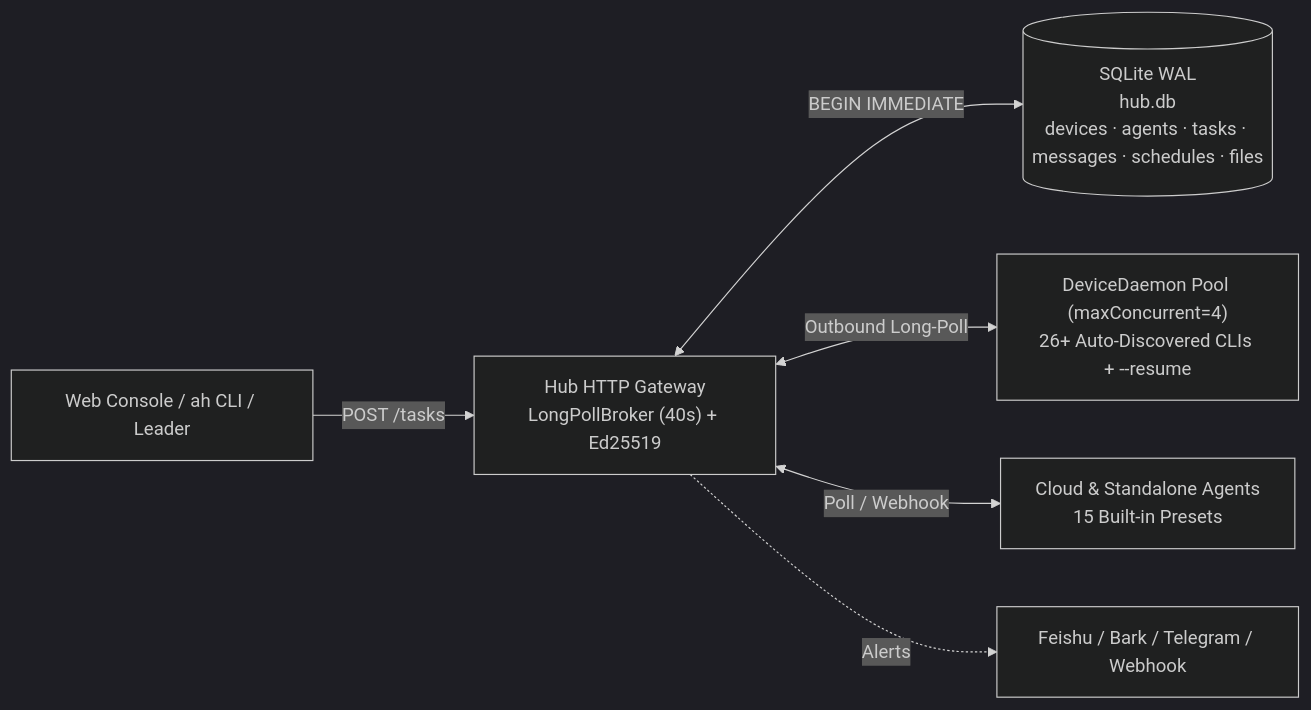
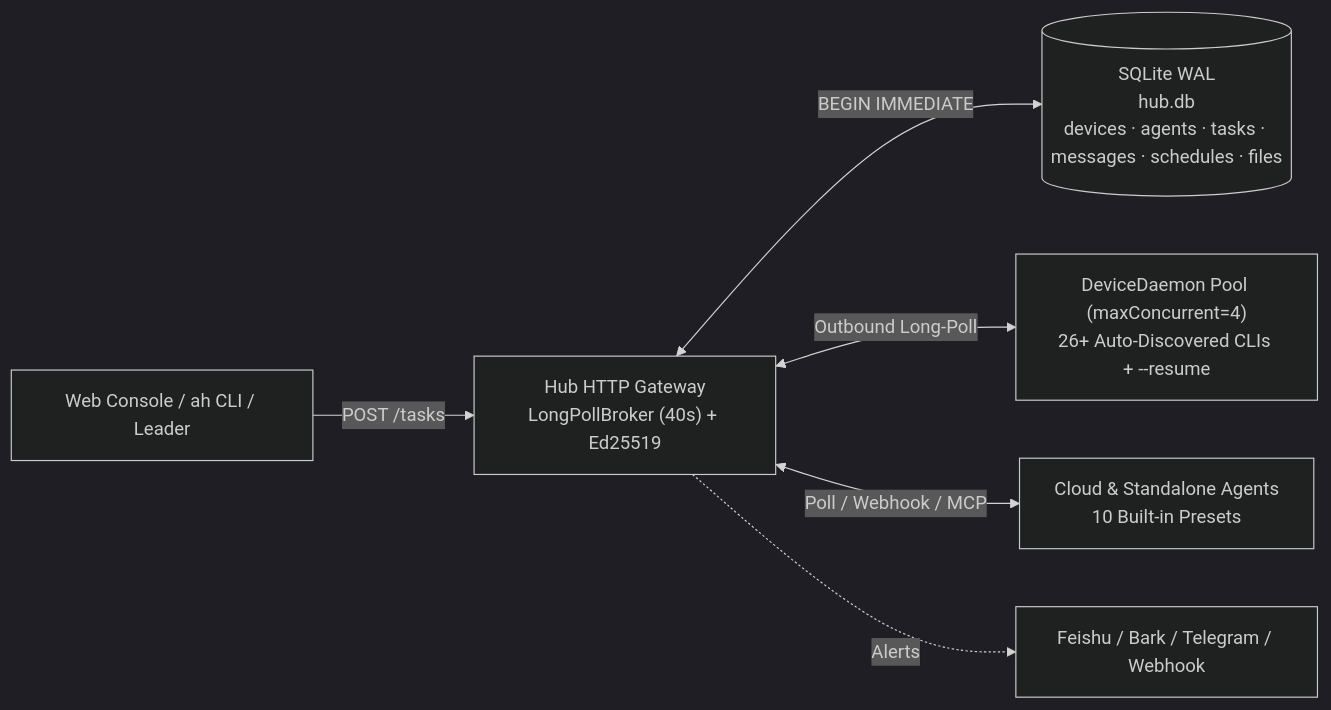
Before and after one commit to backtomyfuture/a2a-hub: the second of 3 diagrams in README.en.md, drawn with Mermaid (dark theme). The commit also changed other lines of this file and 6 other files, not shown here.

````diff
--- a/README.en.md
+++ b/README.en.md
@@ -174,8 +208,8 @@
 ```mermaid
 flowchart LR
     U["Web Console / ah CLI / Leader"] -->|POST /tasks| GW["Hub HTTP Gateway\nLongPollBroker (40s) + Ed25519"]
     GW <-->|BEGIN IMMEDIATE| DB[("SQLite WAL\nhub.db\ndevices · agents · tasks · messages · schedules · files")]
     GW <-->|Outbound Long-Poll| DEV["DeviceDaemon Pool (maxConcurrent=4)\n26+ Auto-Discovered CLIs + --resume"]
-    GW <-->|Poll / Webhook| CLD["Cloud & Standalone Agents\n15 Built-in Presets"]
+    GW <-->|Poll / Webhook / MCP| CLD["Cloud & Standalone Agents\n10 Built-in Presets"]
     GW -.->|Alerts| NTF["Feishu / Bark / Telegram / Webhook"]
 ```
````
